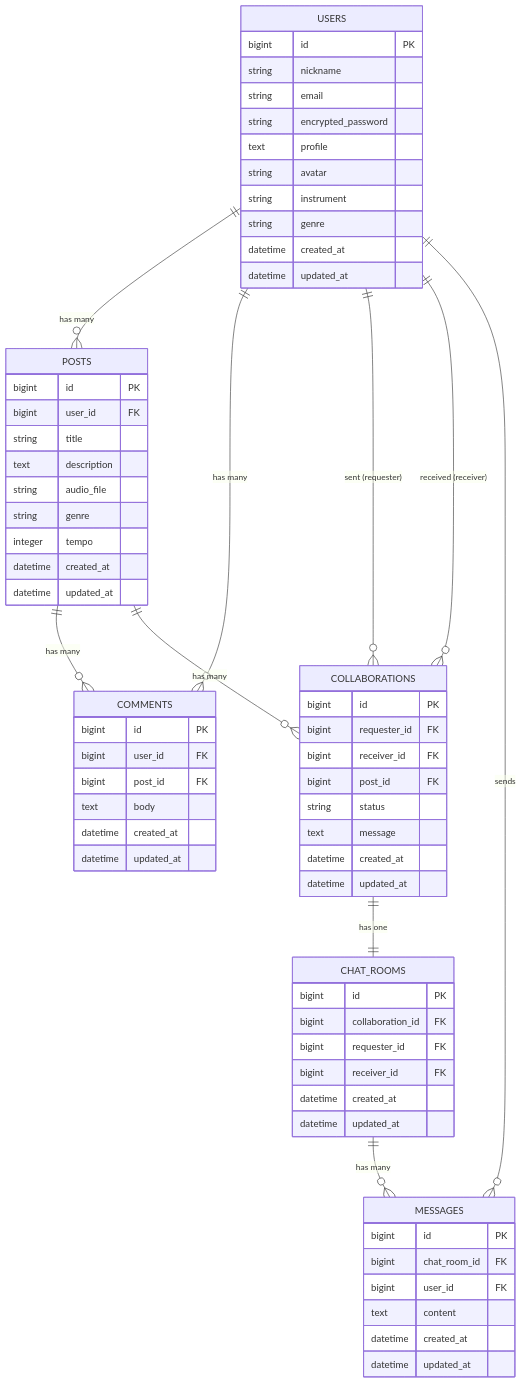
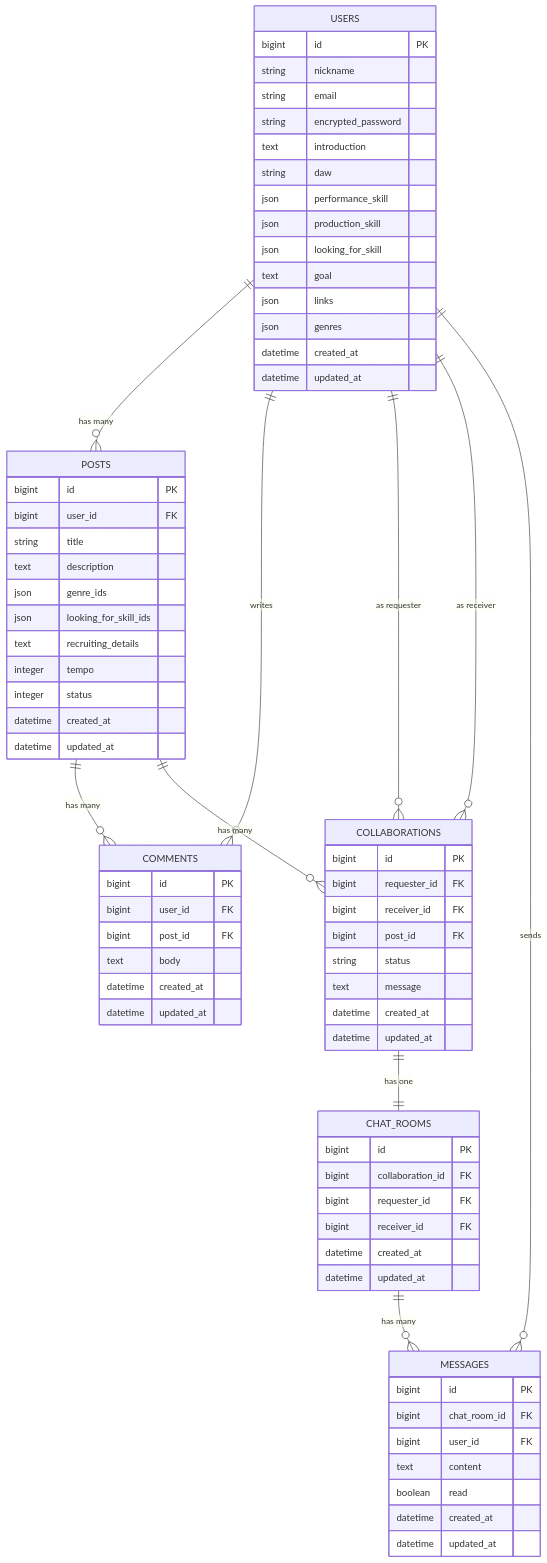
The first of 2 diagrams in README.md (kaito8958/collab_tune), drawn with Mermaid before and after one commit. The commit also changed other lines of this file, not shown here.

````diff
--- a/README.md
+++ b/README.md
@@ -63,14 +117,19 @@
 ```mermaid
 erDiagram
+
   USERS {
     bigint id PK
     string nickname
     string email
     string encrypted_password
-    text profile
-    string avatar
-    string instrument
-    string genre
+    text introduction
+    string daw
+    json performance_skill
+    json production_skill
+    json looking_for_skill
+    text goal
+    json links
+    json genres
     datetime created_at
     datetime updated_at
   }
@@ -80,9 +139,11 @@
     bigint user_id FK
     string title
     text description
-    string audio_file
-    string genre
+    json genre_ids
+    json looking_for_skill_ids
+    text recruiting_details
     integer tempo
+    integer status
     datetime created_at
     datetime updated_at
   }
@@ -121,18 +182,20 @@
     bigint chat_room_id FK
     bigint user_id FK
     text content
+    boolean read
     datetime created_at
     datetime updated_at
   }
 
   USERS ||--o{ POSTS : "has many"
-  USERS ||--o{ COMMENTS : "has many"
-  USERS ||--o{ COLLABORATIONS : "sent (requester)"
-  USERS ||--o{ COLLABORATIONS : "received (receiver)"
+  USERS ||--o{ COMMENTS : "writes"
+  USERS ||--o{ COLLABORATIONS : "as requester"
+  USERS ||--o{ COLLABORATIONS : "as receiver"
   USERS ||--o{ MESSAGES : "sends"
   POSTS ||--o{ COMMENTS : "has many"
   POSTS ||--o{ COLLABORATIONS : "has many"
   COLLABORATIONS ||--|| CHAT_ROOMS : "has one"
   CHAT_ROOMS ||--o{ MESSAGES : "has many"
 
+
 ```
````
